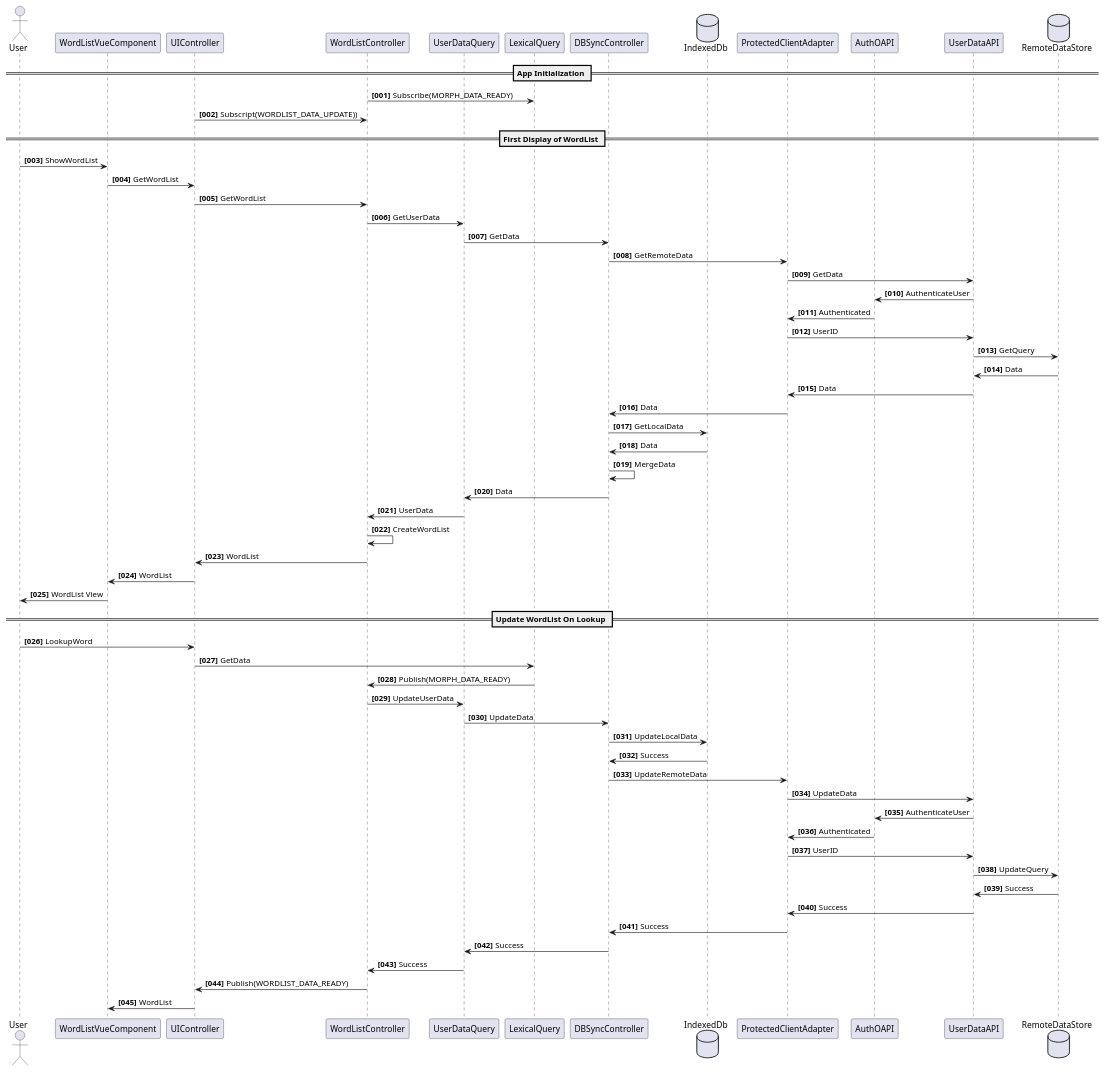
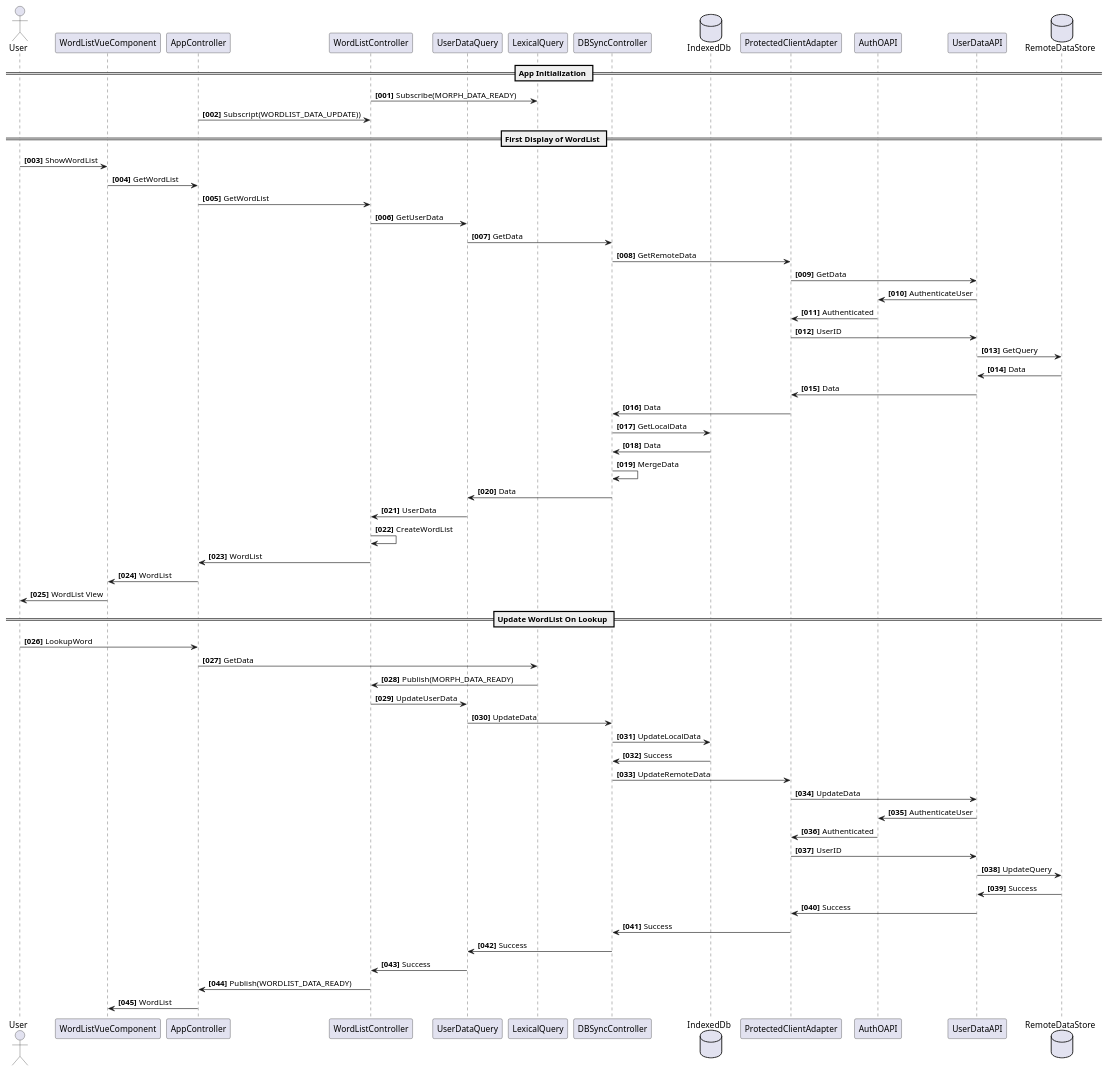
One commit to alpheios-project/documentation changed the diagram in development/app-architecture/dbsync-controller-architecture.puml. Above: the diagram before and after it, drawn with PlantUML. The commit also changed 15 other files, not shown here.

```diff
--- a/development/app-architecture/dbsync-controller-architecture.puml
+++ b/development/app-architecture/dbsync-controller-architecture.puml
@@ -1,68 +1,68 @@
 @startuml
 autonumber "<b>[000]"
 actor User
 participant WordListVueComponent as W
-participant UIController as U
+participant AppController as U
 participant WordListController as C
 participant UserDataQuery as Q
 participant LexicalQuery as L
 participant DBSyncController as S
 database IndexedDb as I
 participant ProtectedClientAdapter as P
 participant AuthOAPI as O
 participant UserDataAPI as D
 database RemoteDataStore as B
 
 == App Initialization ==
 C -> L: Subscribe(MORPH_DATA_READY)
 U -> C: Subscript(WORDLIST_DATA_UPDATE))
 
 == First Display of WordList ==
 User -> W: ShowWordList
 W -> U: GetWordList
 U -> C: GetWordList
 C -> Q: GetUserData
 Q -> S: GetData
 S -> P: GetRemoteData
 P -> D: GetData
 D -> O: AuthenticateUser
 O -> P: Authenticated
 P -> D: UserID
 D -> B: GetQuery
 B -> D: Data
 D -> P: Data
 P -> S: Data
 S -> I: GetLocalData
 I -> S: Data
 S -> S: MergeData
 S -> Q: Data
 Q -> C: UserData
 C -> C: CreateWordList
 C -> U: WordList
 U -> W: WordList
 W -> User: WordList View
 
 == Update WordList On Lookup ==
 User -> U: LookupWord
 U -> L: GetData
 L -> C: Publish(MORPH_DATA_READY)
 C -> Q: UpdateUserData
 Q -> S: UpdateData
 S -> I: UpdateLocalData
 I -> S: Success
 S -> P: UpdateRemoteData
 P -> D: UpdateData
 D -> O: AuthenticateUser
 O -> P: Authenticated
 P -> D: UserID
 D -> B: UpdateQuery
 B -> D: Success
 D -> P: Success
 P -> S: Success
 S -> Q: Success
 Q -> C: Success
 C -> U: Publish(WORDLIST_DATA_READY)
 U -> W: WordList
 
 
 @enduml
```
